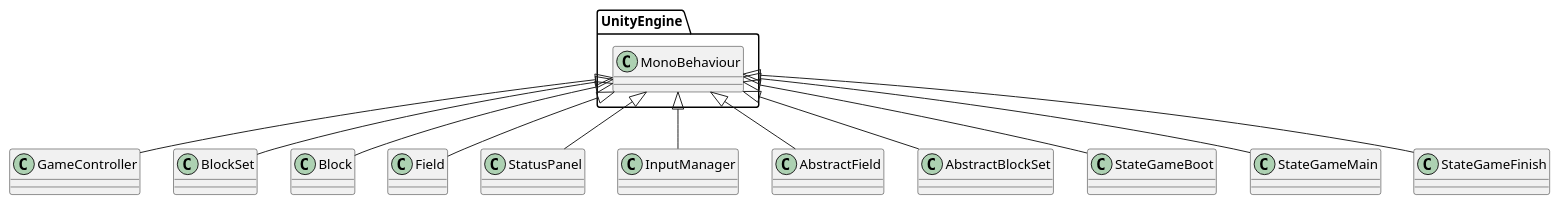
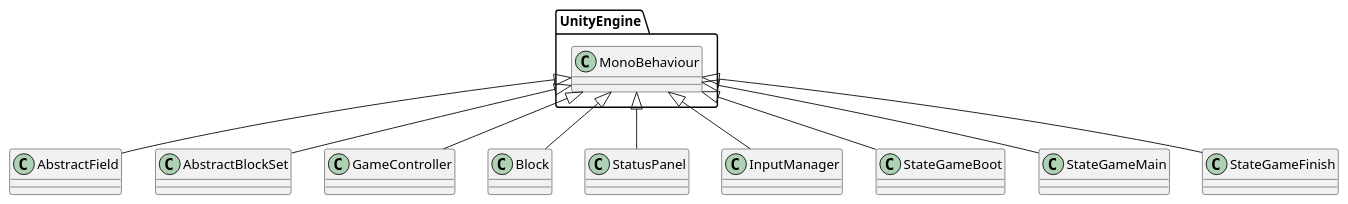
One commit to azarashin/UnityTetris changed the diagram in Documents/PlantUML/CLD_MonoBehaviour.pu. Above: the diagram before and after it, drawn with PlantUML.

Commit message:
クラス図修正（MonoBehaviour の継承関係）

```diff
--- a/Documents/PlantUML/CLD_MonoBehaviour.pu
+++ b/Documents/PlantUML/CLD_MonoBehaviour.pu
@@ -1,15 +1,14 @@
 @startuml
 
+UnityEngine.MonoBehaviour <|-- AbstractField
+UnityEngine.MonoBehaviour <|-- AbstractBlockSet
+
 UnityEngine.MonoBehaviour <|-- GameController
-UnityEngine.MonoBehaviour <|-- BlockSet
 UnityEngine.MonoBehaviour <|-- Block
-UnityEngine.MonoBehaviour <|-- Field
 UnityEngine.MonoBehaviour <|-- StatusPanel
 UnityEngine.MonoBehaviour <|-- InputManager
-UnityEngine.MonoBehaviour <|-- AbstractField
-UnityEngine.MonoBehaviour <|-- AbstractBlockSet
 
 UnityEngine.MonoBehaviour <|-- StateGameBoot
 UnityEngine.MonoBehaviour <|-- StateGameMain
 UnityEngine.MonoBehaviour <|-- StateGameFinish
 @enduml
```
